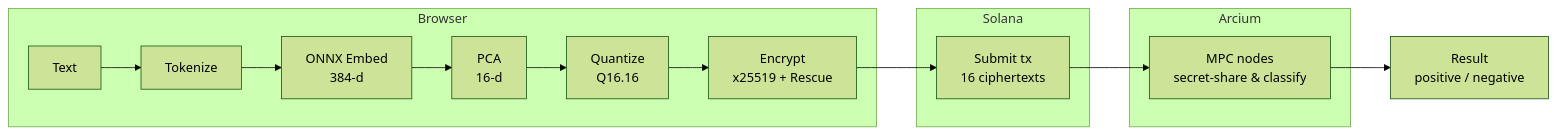
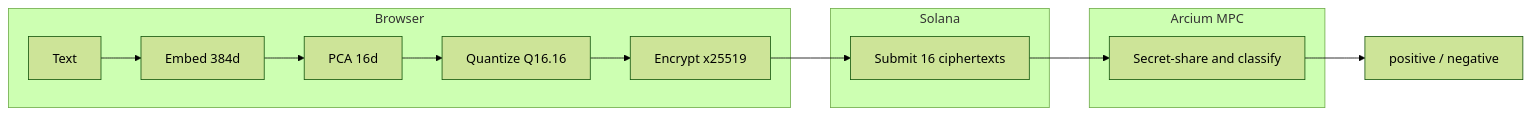
Before and after one commit to itz4blitz/ArcInfer: the diagram in README.md, drawn with Mermaid (forest theme). The commit also changed other lines of this file, not shown here.

Commit message:
docs: enhance README with demo section and clarify flowchart steps

````diff
--- a/README.md
+++ b/README.md
@@ -9,13 +14,16 @@
 ```mermaid
 flowchart LR
   subgraph Browser
-    A[Text] --> B[Tokenize] --> C[ONNX Embed\n384-d] --> D[PCA\n16-d] --> E[Quantize\nQ16.16] --> F[Encrypt\nx25519 + Rescue]
+    A[Text] --> B[Embed 384d] --> C[PCA 16d] --> D[Quantize Q16.16] --> E[Encrypt x25519]
   end
+
   subgraph Solana
-    F --> G[Submit tx\n16 ciphertexts]
+    E --> F[Submit 16 ciphertexts]
   end
-  subgraph Arcium
-    G --> H[MPC nodes\nsecret-share & classify]
+
+  subgraph Arcium MPC
+    F --> G[Secret-share and classify]
   end
-  H --> I[Result\npositive / negative]
+
+  G --> H[positive / negative]
 ```
````
